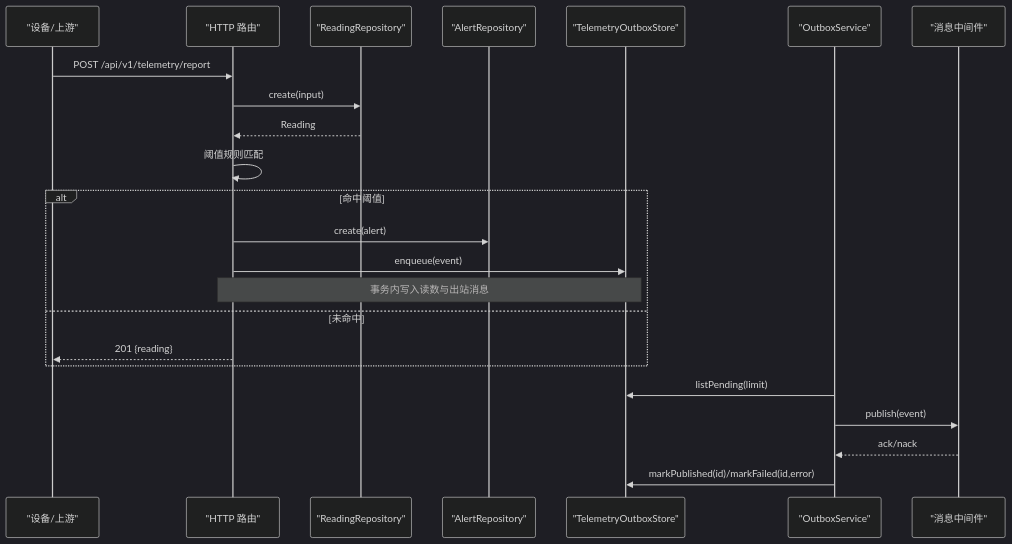
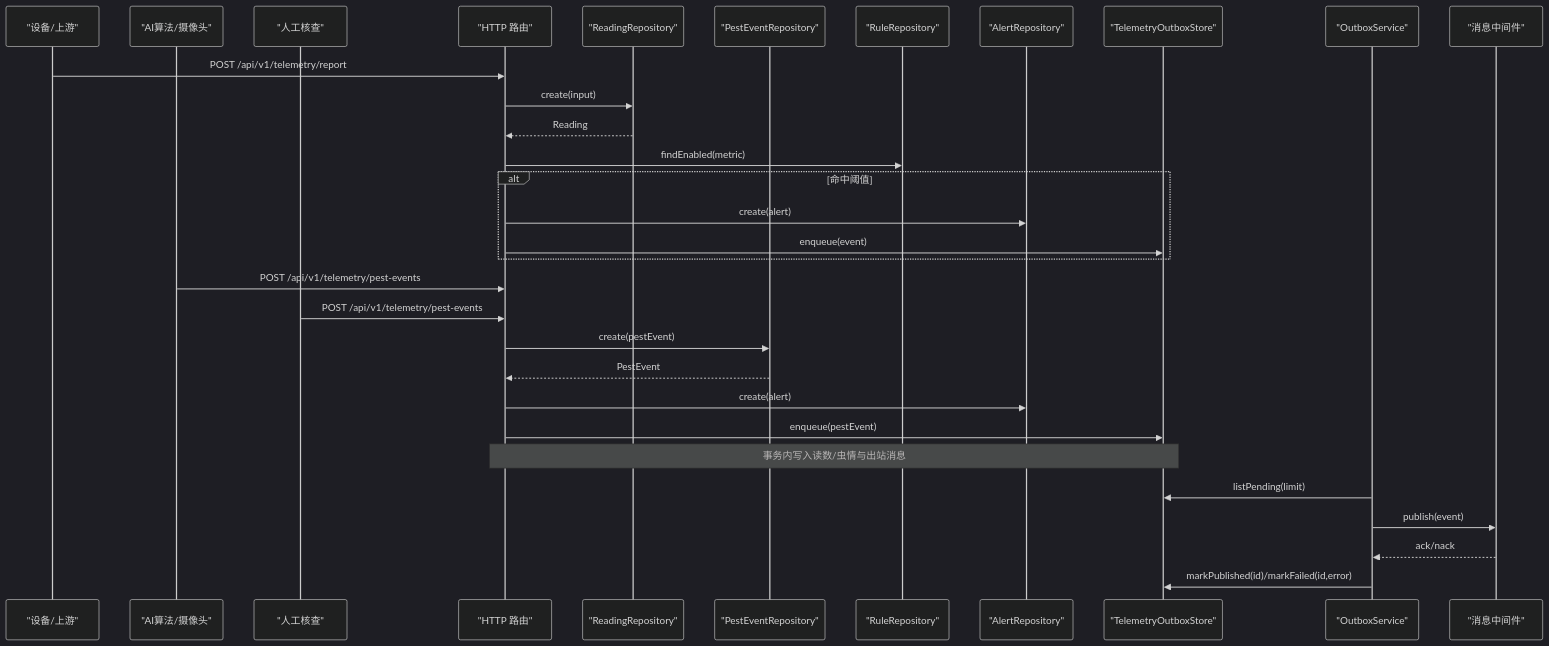
One commit to q446328246/agri-platform changed the second of 10 diagrams in .qoder/repowiki/zh/content/核心服务文档/遥测数据服务.md. Above: the diagram before and after it, drawn with Mermaid (dark theme). The commit also changed other lines of this file and 68 other files, not shown here.

````diff
--- a/.qoder/repowiki/zh/content/核心服务文档/遥测数据服务.md
+++ b/.qoder/repowiki/zh/content/核心服务文档/遥测数据服务.md
@@ -85,25 +112,33 @@
 ```mermaid
 sequenceDiagram
 participant Device as "设备/上游"
+participant AI as "AI算法/摄像头"
+participant Manual as "人工核查"
 participant HTTP as "HTTP 路由"
 participant Repo as "ReadingRepository"
+participant PestRepo as "PestEventRepository"
+participant RuleRepo as "RuleRepository"
 participant AlertRepo as "AlertRepository"
 participant Outbox as "TelemetryOutboxStore"
 participant Relay as "OutboxService"
 participant MQ as "消息中间件"
 Device->>HTTP : POST /api/v1/telemetry/report
 HTTP->>Repo : create(input)
 Repo-->>HTTP : Reading
-HTTP->>HTTP : 阈值规则匹配
+HTTP->>RuleRepo : findEnabled(metric)
 alt 命中阈值
 HTTP->>AlertRepo : create(alert)
 HTTP->>Outbox : enqueue(event)
-Note over HTTP,Outbox : 事务内写入读数与出站消息
-else 未命中
-HTTP-->>Device : 201 {reading}
 end
+AI->>HTTP : POST /api/v1/telemetry/pest-events
+Manual->>HTTP : POST /api/v1/telemetry/pest-events
+HTTP->>PestRepo : create(pestEvent)
+PestRepo-->>HTTP : PestEvent
+HTTP->>AlertRepo : create(alert)
+HTTP->>Outbox : enqueue(pestEvent)
+Note over HTTP,Outbox : 事务内写入读数/虫情与出站消息
 Relay->>Outbox : listPending(limit)
 Relay->>MQ : publish(event)
 MQ-->>Relay : ack/nack
 Relay->>Outbox : markPublished(id)/markFailed(id,error)
 ```
````
